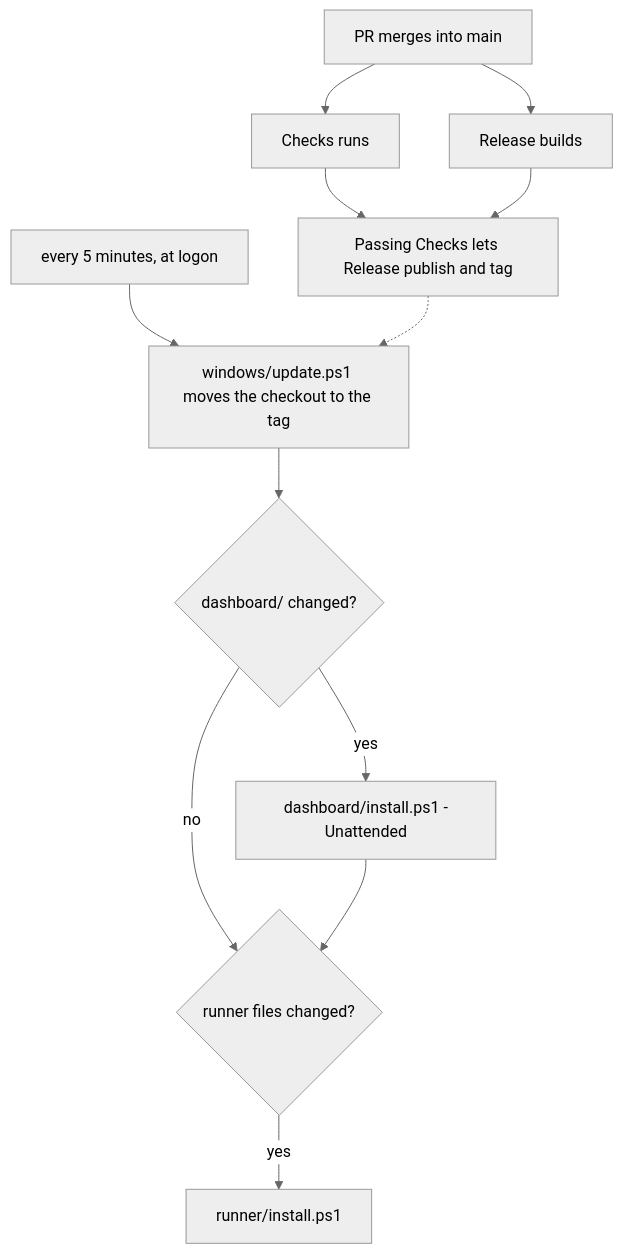
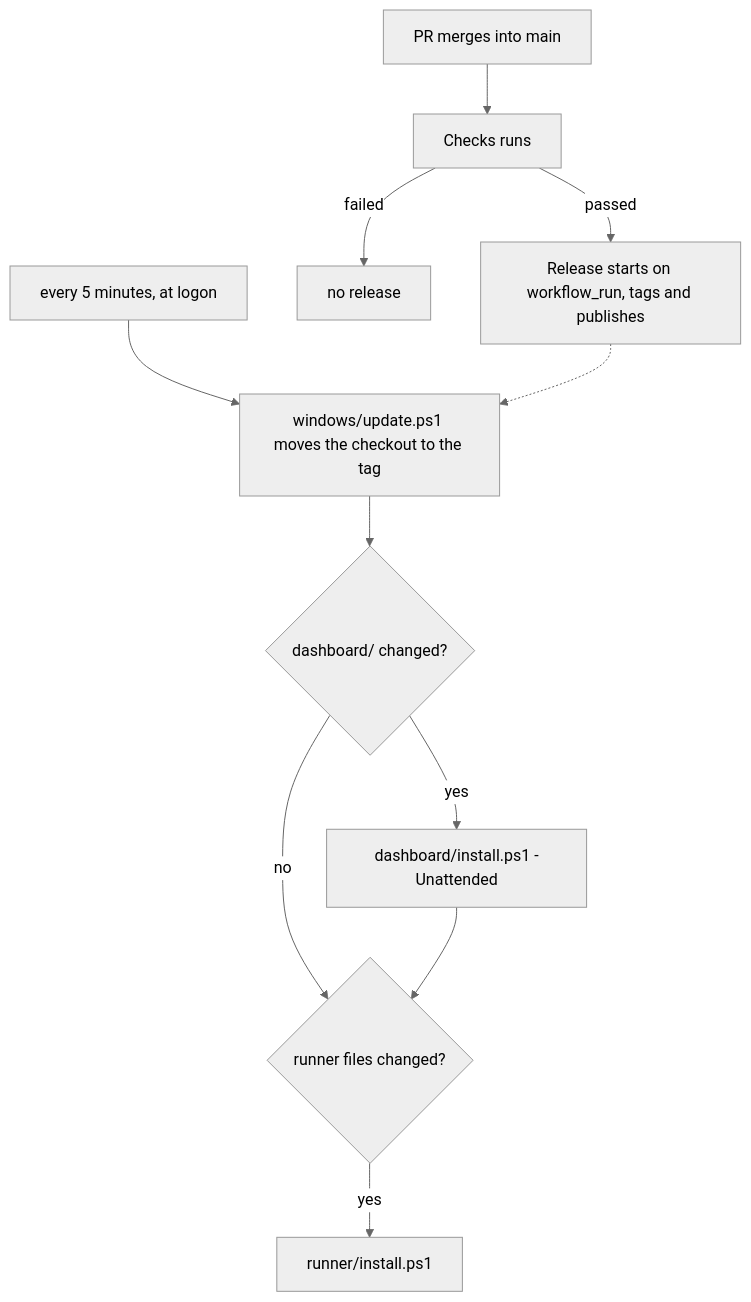
The fourth of 6 diagrams in docs/user-flows.md (workbench-soft/local-ci), drawn with Mermaid (neutral theme) before and after one commit. The commit also changed other lines of this file and 7 other files, not shown here.

First line of the commit message:
docs: match the docs to Release after Checks, Install Dev and storage cleanup (#131)

````diff
--- a/docs/user-flows.md
+++ b/docs/user-flows.md
@@ -70,13 +70,13 @@
 ```mermaid
 flowchart TD
   A[PR merges into main] --> B[Checks runs]
-  A --> R[Release builds]
-  B & R --> C[Passing Checks lets Release publish and tag]
+  B -- passed --> C[Release starts on workflow_run, tags and publishes]
+  B -- failed --> X[no release]
   T[every 5 minutes, at logon] --> E
   C -.-> E[windows/update.ps1 moves the checkout to the tag]
   E --> F{dashboard/ changed?}
   F -- yes --> G[dashboard/install.ps1 -Unattended]
   F -- no --> H
   G --> H{runner files changed?}
   H -- yes --> I[runner/install.ps1]
 ```
````
